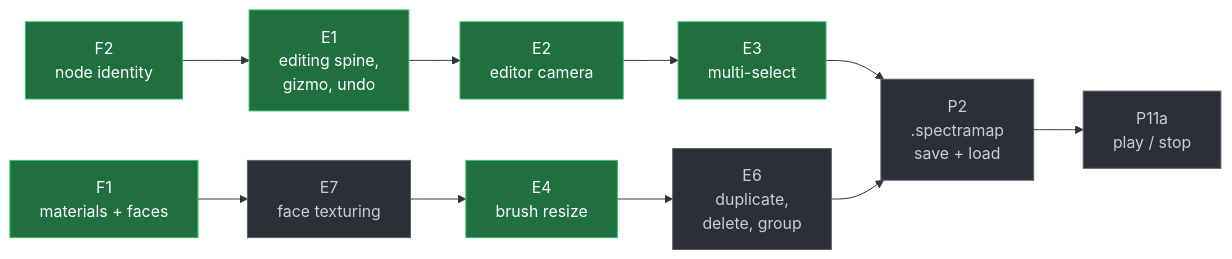
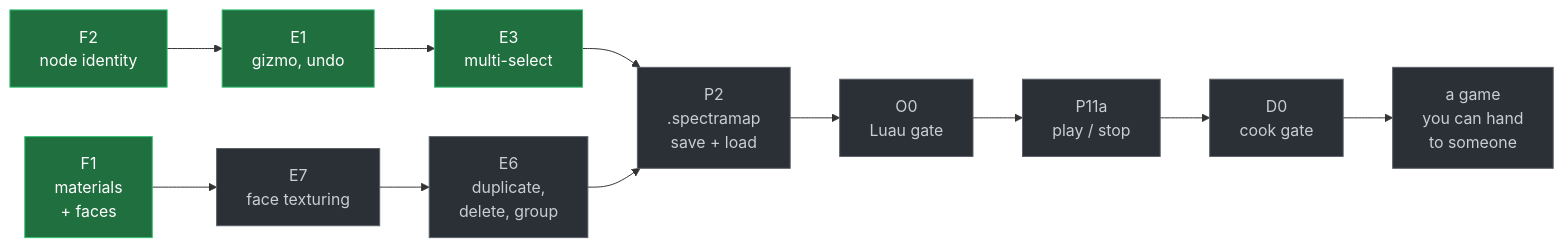
One commit to Davide244/Spectra changed the second of 2 diagrams in README.md. Above: the diagram before and after it, drawn with Mermaid. The commit also changed other lines of this file and 2 other files, not shown here.

First line of the commit message:
Roadmap: a linear spine, reaching further out

````diff
--- a/README.md
+++ b/README.md
@@ -92,21 +82,21 @@
 ```mermaid
 flowchart LR
     F2["F2<br/>node identity"]:::done
-    F1["F1<br/>materials + faces"]:::done
-    E1["E1<br/>editing spine,<br/>gizmo, undo"]:::done
-    E2["E2<br/>editor camera"]:::done
+    F1["F1<br/>materials<br/>+ faces"]:::done
+    E1["E1<br/>gizmo, undo"]:::done
     E3["E3<br/>multi-select"]:::done
     E7["E7<br/>face texturing"]:::todo
-    E4["E4<br/>brush resize"]:::done
     E6["E6<br/>duplicate,<br/>delete, group"]:::todo
     P2["P2<br/>.spectramap<br/>save + load"]:::todo
+    O0["O0<br/>Luau gate"]:::todo
     P11a["P11a<br/>play / stop"]:::todo
+    D0["D0<br/>cook gate"]:::todo
+    SHIP["a game<br/>you can hand<br/>to someone"]:::todo
 
-    F2 --> E1 --> E2 --> E3
-    F1 --> E7 --> E4 --> E6
-    E3 --> P2
-    E6 --> P2 --> P11a
+    F2 --> E1 --> E3 --> P2
+    F1 --> E7 --> E6 --> P2
+    P2 --> O0 --> P11a --> D0 --> SHIP
 
     classDef done fill:#1f6f3f,stroke:#2fbf6f,color:#fff
     classDef todo fill:#2b2f36,stroke:#5a6068,color:#c9ced6
 ```
````
